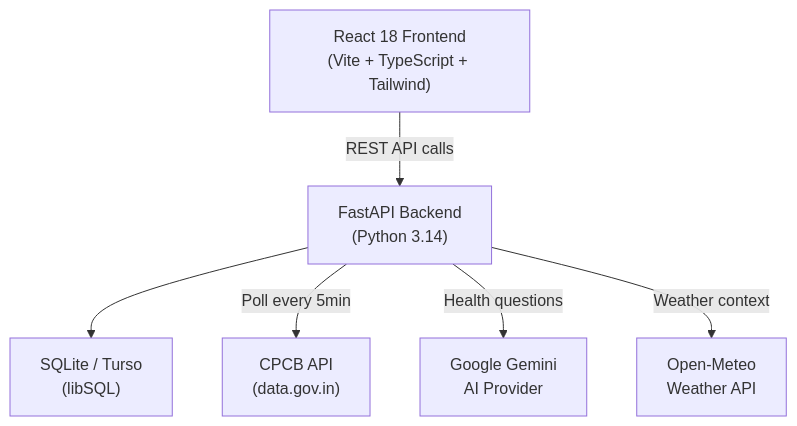
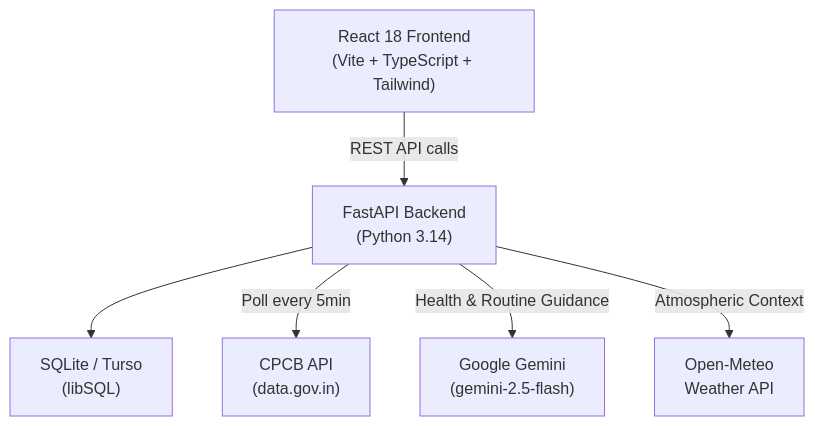
One commit to Koushik-5499/urban-air-quality-assistant changed the diagram in README.md. Above: the diagram before and after it, drawn with Mermaid. The commit also changed other lines of this file and 22 other files, not shown here.

Commit message:
feat: align with Challenge 6 winter smog, low-emission routines, indoor hacks, SOLID architecture & WCAG accessibility

````diff
--- a/README.md
+++ b/README.md
@@ -75,15 +61,15 @@
 ```mermaid
 flowchart TD
     FE["React 18 Frontend\n(Vite + TypeScript + Tailwind)"]
     BE["FastAPI Backend\n(Python 3.14)"]
     DB["SQLite / Turso\n(libSQL)"]
     CPCB["CPCB API\n(data.gov.in)"]
-    GEM["Google Gemini\nAI Provider"]
+    GEM["Google Gemini\n(gemini-2.5-flash)"]
     WX["Open-Meteo\nWeather API"]
 
     FE -->|REST API calls| BE
     BE --> DB
     BE -->|Poll every 5min| CPCB
-    BE -->|Health questions| GEM
-    BE -->|Weather context| WX
+    BE -->|Health & Routine Guidance| GEM
+    BE -->|Atmospheric Context| WX
 ```
````
